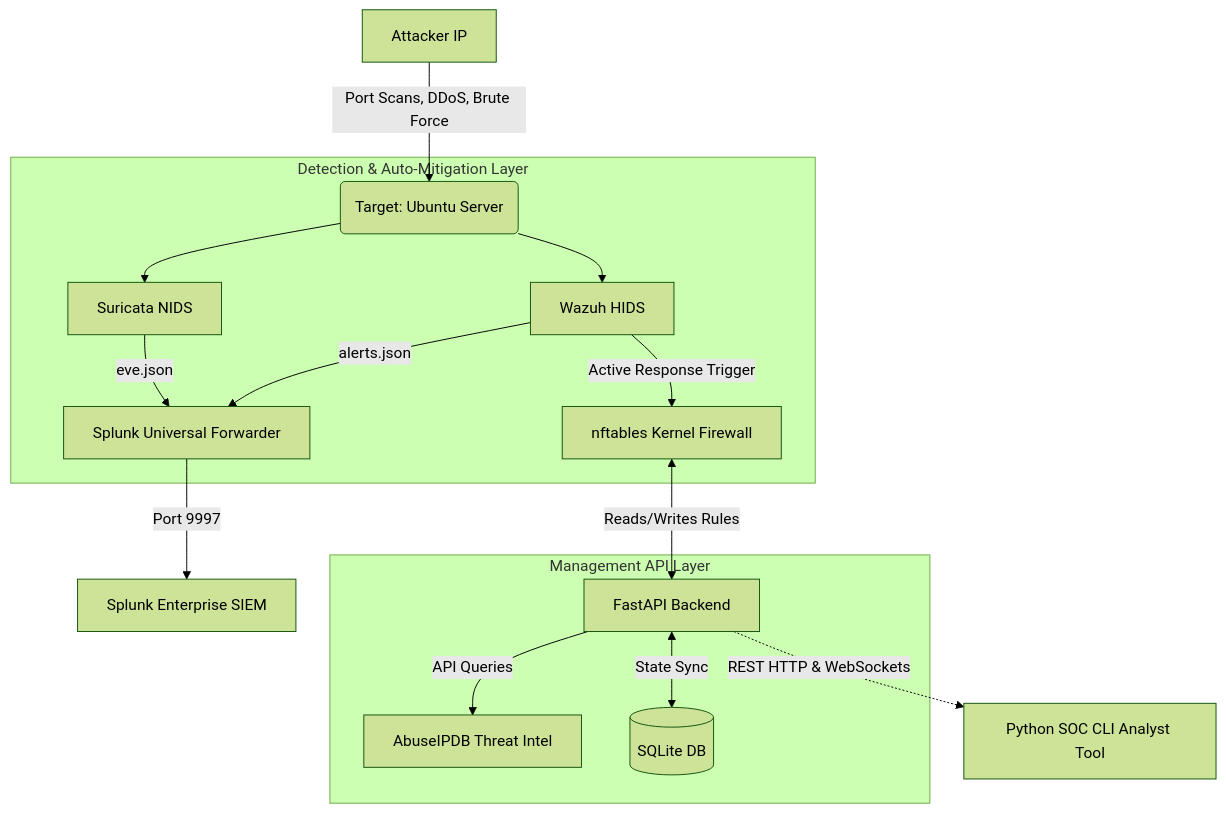
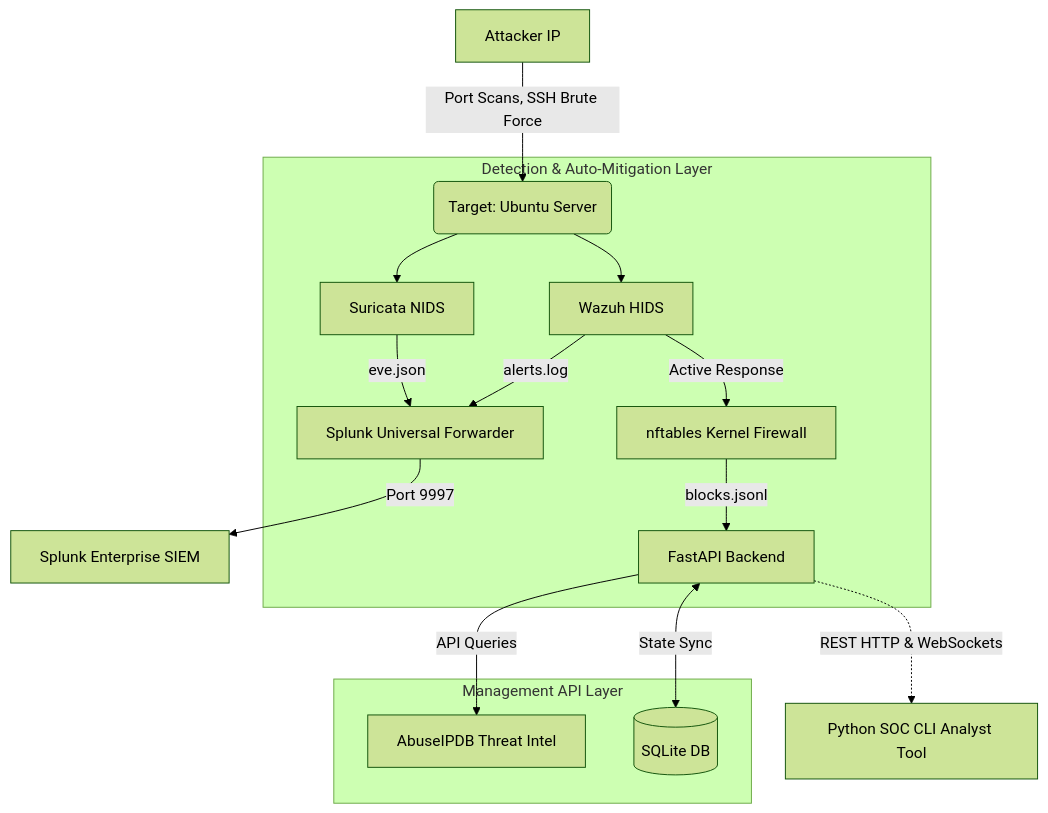
The diagram in README.md (seetharamdamarla/personal-firewall), drawn with Mermaid (forest theme) before and after one commit. The commit also changed other lines of this file and 1 other file, not shown here.

````diff
--- a/README.md
+++ b/README.md
@@ -30,21 +30,21 @@
 ```mermaid
 graph TD
-    A[Attacker IP] -->|Port Scans, DDoS, Brute Force| B(Target: Ubuntu Server)
+    A[Attacker IP] -->|Port Scans, SSH Brute Force| B(Target: Ubuntu Server)
     
     subgraph Detection & Auto-Mitigation Layer
         B --> C[Suricata NIDS]
         B --> D[Wazuh HIDS]
         C -->|eve.json| E[Splunk Universal Forwarder]
-        D -->|alerts.json| E
-        D -->|Active Response Trigger| F[nftables Kernel Firewall]
+        D -->|alerts.log| E
+        D -->|Active Response| F[nftables Kernel Firewall]
+        F -->|blocks.jsonl| G[FastAPI Backend]
     end
     
     subgraph Management API Layer
-        F <-->|Reads/Writes Rules| G[FastAPI Backend]
         G -->|API Queries| H[AbuseIPDB Threat Intel]
         G <-->|State Sync| I[(SQLite DB)]
     end
     
     E -->|Port 9997| J[Splunk Enterprise SIEM]
     G -.->|REST HTTP & WebSockets| K[Python SOC CLI Analyst Tool]
 ```
````
